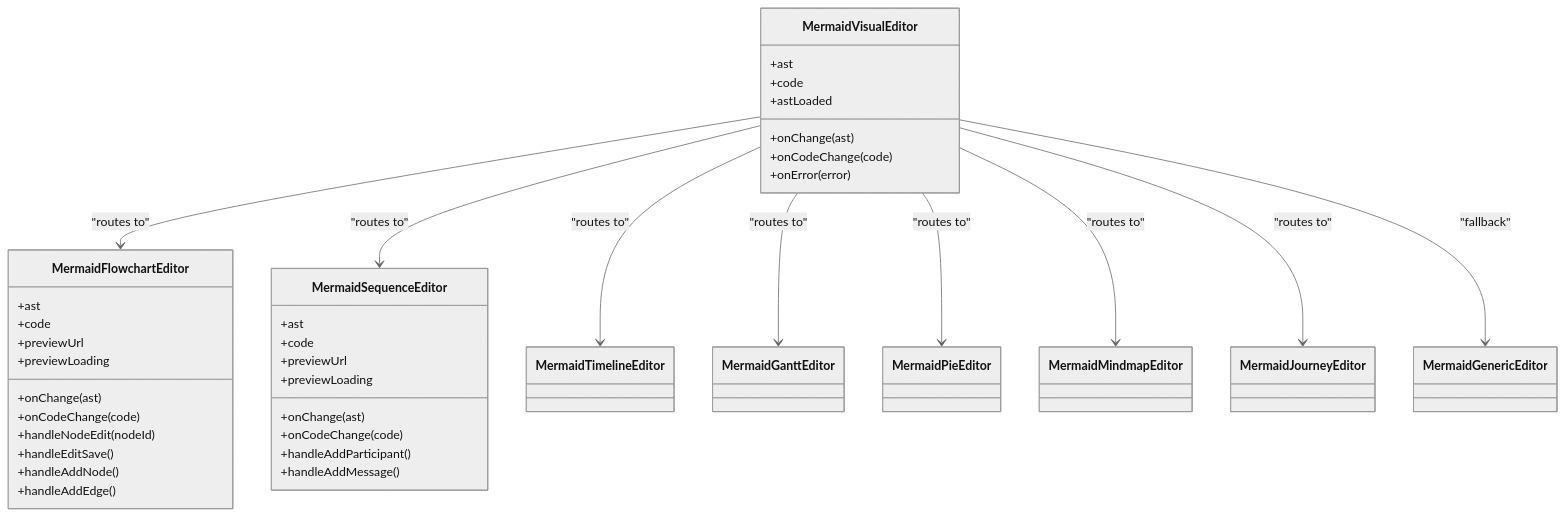
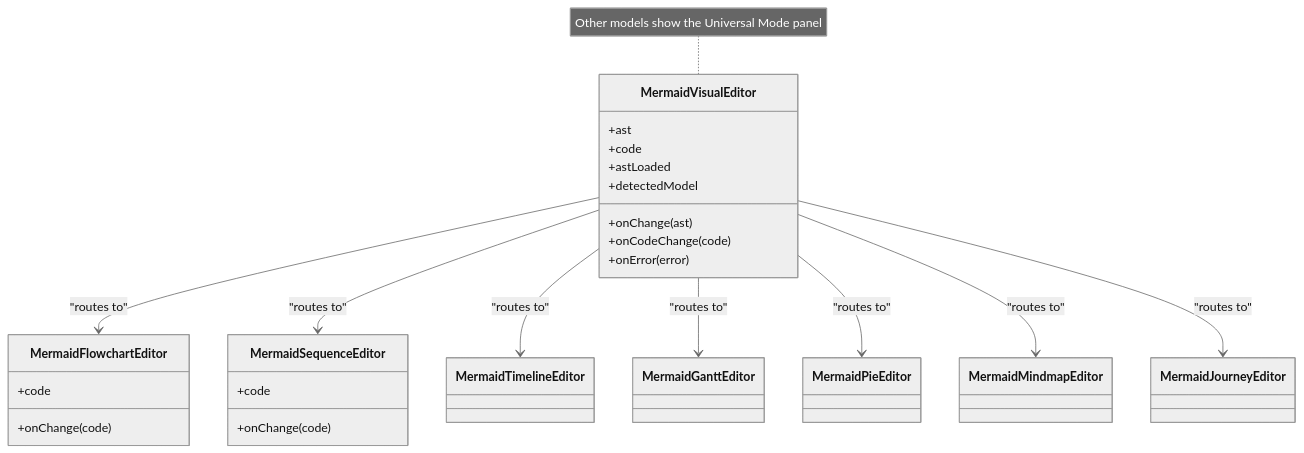
Before and after one commit to ongchonghian/universal-diagram-editor: the fourth of 6 diagrams in .qoder/repowiki/en/content/Editor Architecture/Synchronization Mechanisms.md, drawn with Mermaid (neutral theme). The commit also changed other lines of this file and 31 other files, not shown here.

````diff
--- a/.qoder/repowiki/en/content/Editor Architecture/Synchronization Mechanisms.md
+++ b/.qoder/repowiki/en/content/Editor Architecture/Synchronization Mechanisms.md
@@ -230,47 +214,33 @@
 ```mermaid
 classDiagram
 class MermaidVisualEditor {
 +ast
 +code
 +astLoaded
++detectedModel
 +onChange(ast)
 +onCodeChange(code)
 +onError(error)
 }
 class MermaidFlowchartEditor {
-+ast
 +code
-+onChange(ast)
-+onCodeChange(code)
-+previewUrl
-+previewLoading
-+handleNodeEdit(nodeId)
-+handleEditSave()
-+handleAddNode()
-+handleAddEdge()
++onChange(code)
 }
 class MermaidSequenceEditor {
-+ast
 +code
-+onChange(ast)
-+onCodeChange(code)
-+previewUrl
-+previewLoading
-+handleAddParticipant()
-+handleAddMessage()
++onChange(code)
 }
 class MermaidTimelineEditor
 class MermaidGanttEditor
 class MermaidPieEditor
 class MermaidMindmapEditor
 class MermaidJourneyEditor
-class MermaidGenericEditor
 MermaidVisualEditor --> MermaidFlowchartEditor : "routes to"
 MermaidVisualEditor --> MermaidSequenceEditor : "routes to"
 MermaidVisualEditor --> MermaidTimelineEditor : "routes to"
 MermaidVisualEditor --> MermaidGanttEditor : "routes to"
 MermaidVisualEditor --> MermaidPieEditor : "routes to"
 MermaidVisualEditor --> MermaidMindmapEditor : "routes to"
 MermaidVisualEditor --> MermaidJourneyEditor : "routes to"
-MermaidVisualEditor --> MermaidGenericEditor : "fallback"
+note for MermaidVisualEditor "Other models show the Universal Mode panel"
 ```
````
